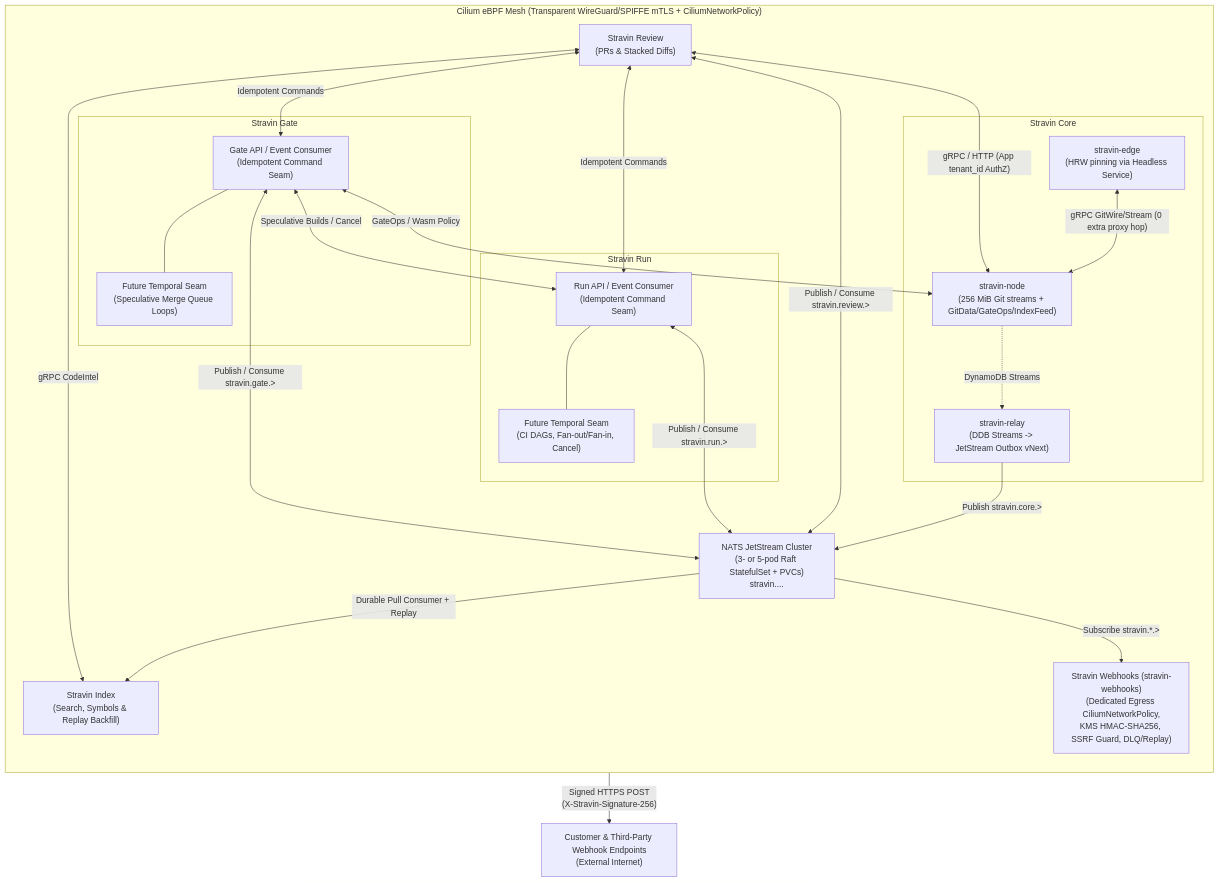
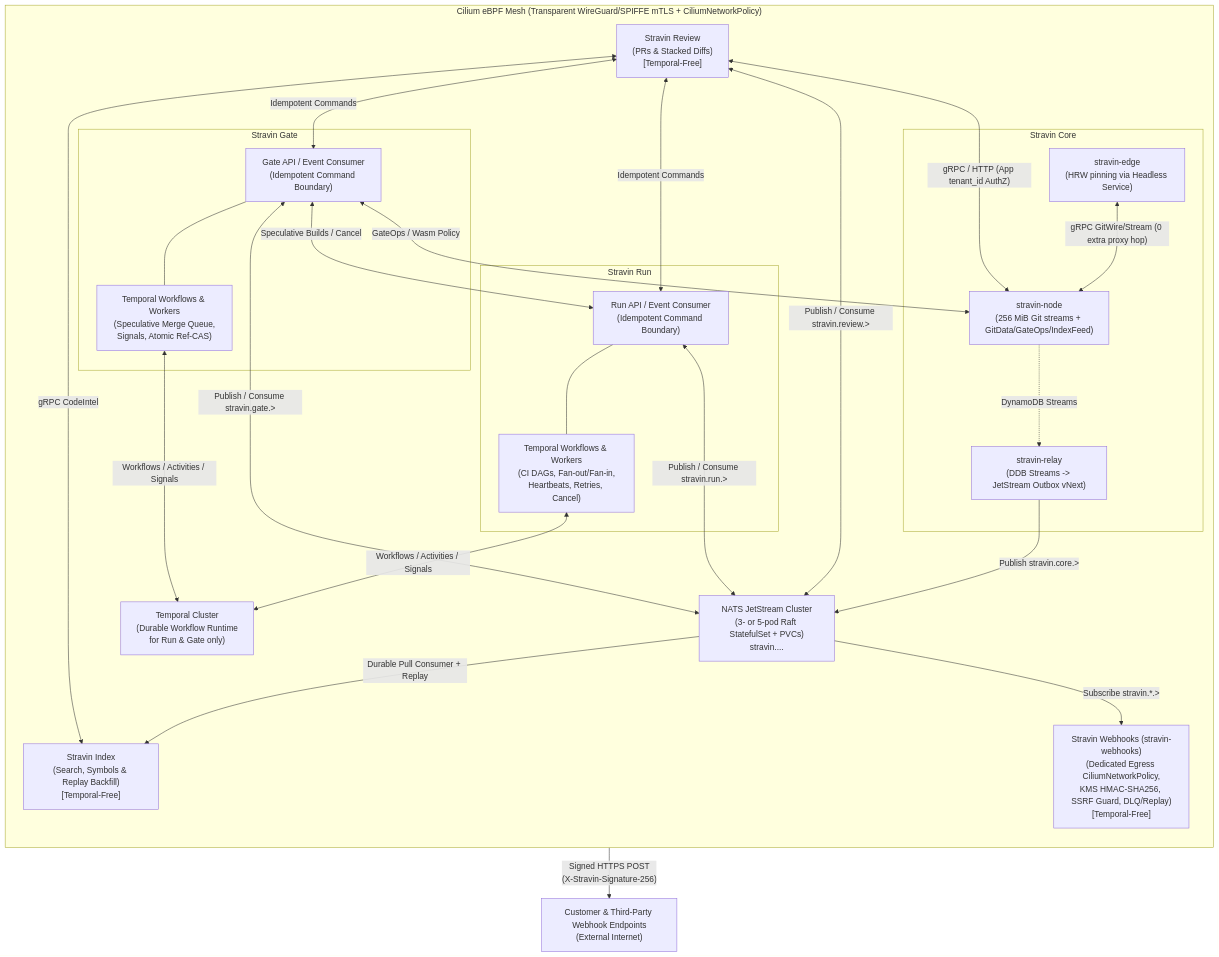
The diagram in docs/adr/0001-platform-transport-events-webhooks.md (stravin-dev/architecture), drawn with Mermaid before and after one commit. The commit also changed other lines of this file and 9 other files, not shown here.

````diff
--- a/docs/adr/0001-platform-transport-events-webhooks.md
+++ b/docs/adr/0001-platform-transport-events-webhooks.md
@@ -30,49 +30,53 @@
 ```mermaid
 flowchart TB
     subgraph Mesh["Cilium eBPF Mesh (Transparent WireGuard/SPIFFE mTLS + CiliumNetworkPolicy)"]
         direction TB
         subgraph CoreBox["Stravin Core"]
             Edge["stravin-edge\n(HRW pinning via Headless Service)"]
             Node["stravin-node\n(256 MiB Git streams + GitData/GateOps/IndexFeed)"]
             Relay["stravin-relay\n(DDB Streams -> JetStream Outbox vNext)"]
             Edge <-->|"gRPC GitWire/Stream (0 extra proxy hop)"| Node
             Node -.->|"DynamoDB Streams"| Relay
         end
 
         NATS["NATS JetStream Cluster\n(3- or 5-pod Raft StatefulSet + PVCs)\nstravin.<product>.<tenant_id>.<repo_id>.<event>"]
+        Temporal["Temporal Cluster\n(Durable Workflow Runtime\nfor Run & Gate only)"]
 
-        Review["Stravin Review\n(PRs & Stacked Diffs)"]
-        Index["Stravin Index\n(Search, Symbols & Replay Backfill)"]
+        Review["Stravin Review\n(PRs & Stacked Diffs)\n[Temporal-Free]"]
+        Index["Stravin Index\n(Search, Symbols & Replay Backfill)\n[Temporal-Free]"]
 
         subgraph RunBox["Stravin Run"]
-            RunAPI["Run API / Event Consumer\n(Idempotent Command Seam)"]
-            RunWF["Future Temporal Seam\n(CI DAGs, Fan-out/Fan-in, Cancel)"]
+            RunAPI["Run API / Event Consumer\n(Idempotent Command Boundary)"]
+            RunWF["Temporal Workflows & Workers\n(CI DAGs, Fan-out/Fan-in,\nHeartbeats, Retries, Cancel)"]
             RunAPI --- RunWF
         end
 
         subgraph GateBox["Stravin Gate"]
-            GateAPI["Gate API / Event Consumer\n(Idempotent Command Seam)"]
-            GateWF["Future Temporal Seam\n(Speculative Merge Queue Loops)"]
+            GateAPI["Gate API / Event Consumer\n(Idempotent Command Boundary)"]
+            GateWF["Temporal Workflows & Workers\n(Speculative Merge Queue,\nSignals, Atomic Ref-CAS)"]
             GateAPI --- GateWF
         end
 
-        Webhooks["Stravin Webhooks (stravin-webhooks)\n(Dedicated Egress CiliumNetworkPolicy,\nKMS HMAC-SHA256, SSRF Guard, DLQ/Replay)"]
+        Webhooks["Stravin Webhooks (stravin-webhooks)\n(Dedicated Egress CiliumNetworkPolicy,\nKMS HMAC-SHA256, SSRF Guard, DLQ/Replay)\n[Temporal-Free]"]
 
         Relay -->|"Publish stravin.core.>"| NATS
         Review <-->|"Publish / Consume stravin.review.>"| NATS
         RunAPI <-->|"Publish / Consume stravin.run.>"| NATS
         GateAPI <-->|"Publish / Consume stravin.gate.>"| NATS
         NATS -->|"Durable Pull Consumer + Replay"| Index
         NATS -->|"Subscribe stravin.*.>"| Webhooks
+
+        RunWF <-->|"Workflows / Activities / Signals"| Temporal
+        GateWF <-->|"Workflows / Activities / Signals"| Temporal
 
         Review <-->|"gRPC / HTTP (App tenant_id AuthZ)"| Node
         Review <-->|"gRPC CodeIntel"| Index
         Review <-->|"Idempotent Commands"| RunAPI
         Review <-->|"Idempotent Commands"| GateAPI
         GateAPI <-->|"Speculative Builds / Cancel"| RunAPI
         GateAPI <-->|"GateOps / Wasm Policy"| Node
     end
 
     Internet["Customer & Third-Party Webhook Endpoints\n(External Internet)"]
     Webhooks -->|"Signed HTTPS POST\n(X-Stravin-Signature-256)"| Internet
 ```
````
